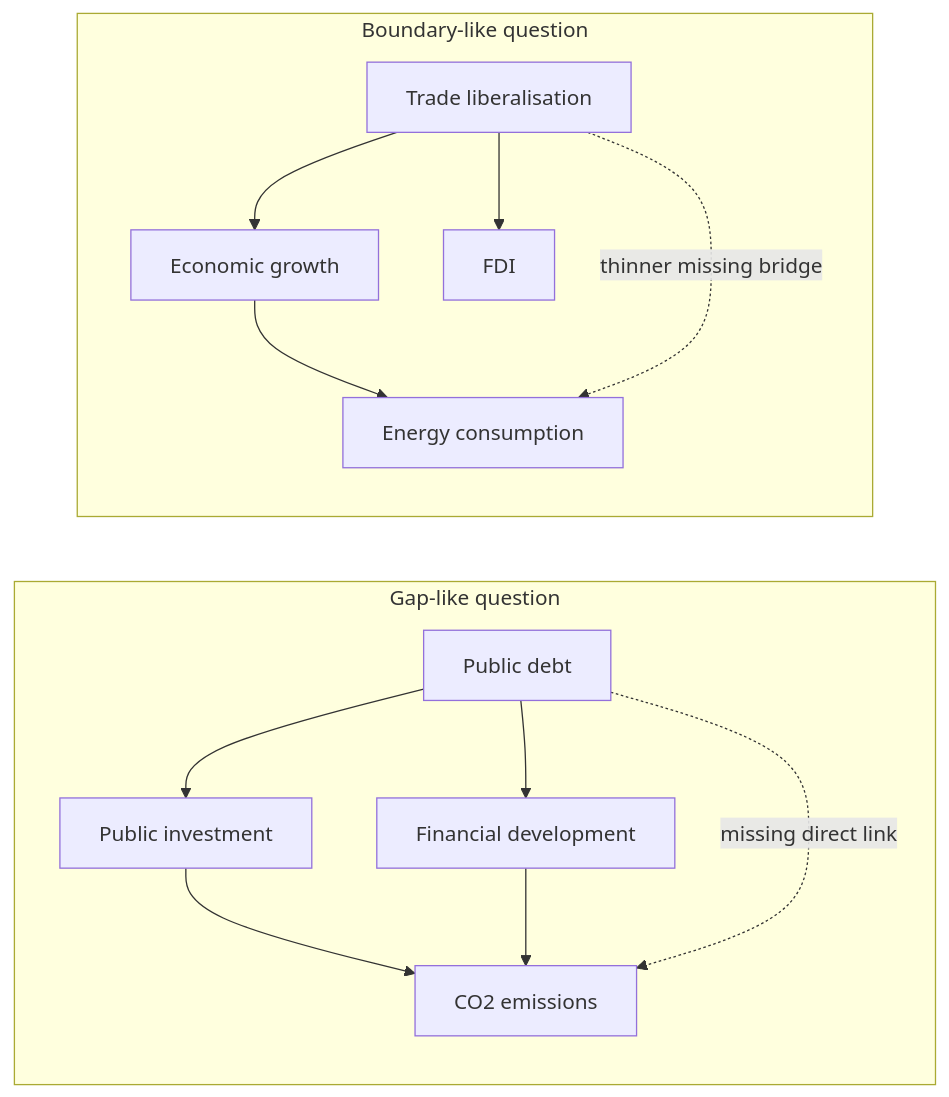
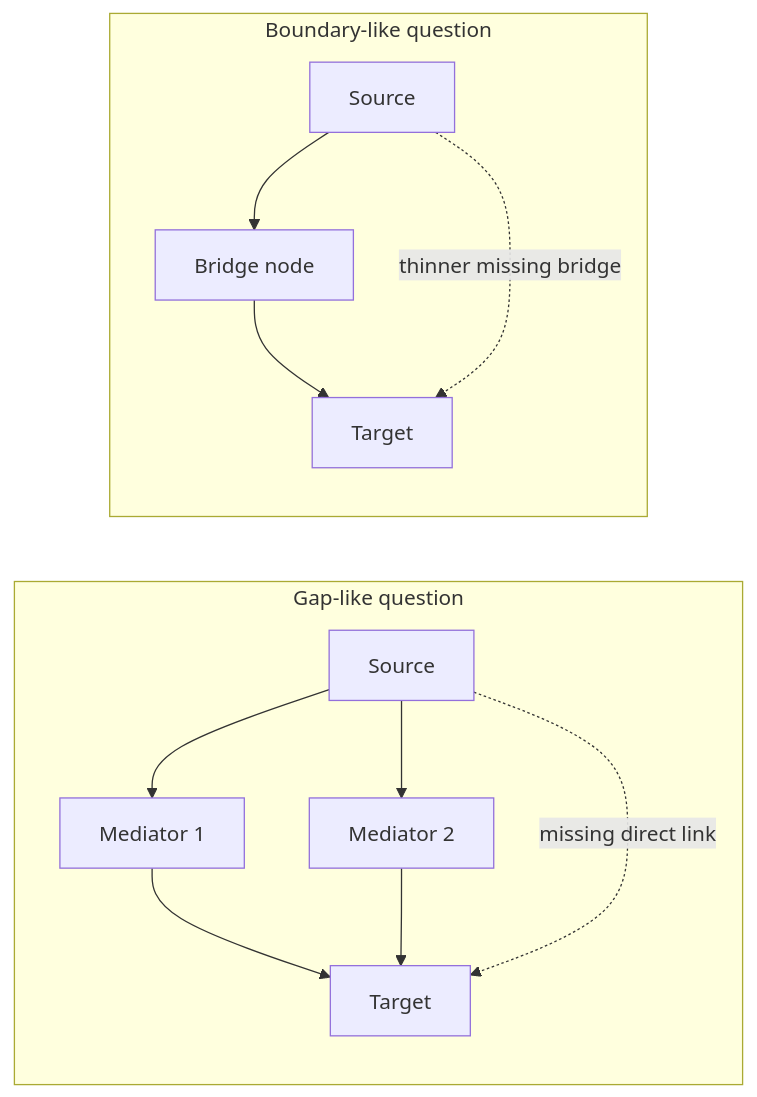
Before and after one commit to prashgarg/frontiergraph: the second of 3 diagrams in site/src/generated/paper/research_allocation_paper_full.md, drawn with Mermaid. The commit also changed other lines of this file and 116 other files, not shown here.

````diff
--- a/site/src/generated/paper/research_allocation_paper_full.md
+++ b/site/src/generated/paper/research_allocation_paper_full.md
@@ -104,16 +134,15 @@
 ```mermaid
 flowchart LR
     subgraph G1["Gap-like question"]
-        PD["Public debt"] --> PI["Public investment"]
-        PI --> CO2["CO2 emissions"]
-        PD --> FD["Financial development"]
-        FD --> CO2
-        PD -. missing direct link .-> CO2
+        A["Source"] --> B["Mediator 1"]
+        B --> C["Target"]
+        A --> D["Mediator 2"]
+        D --> C
+        A -. missing direct link .-> C
     end
     subgraph G2["Boundary-like question"]
-        TL["Trade liberalisation"] --> EG["Economic growth"]
-        TL --> FDI["FDI"]
-        EG --> EC["Energy consumption"]
-        TL -. thinner missing bridge .-> EC
+        E["Source"] --> F["Bridge node"]
+        F --> G["Target"]
+        E -. thinner missing bridge .-> G
     end
 ```
````
